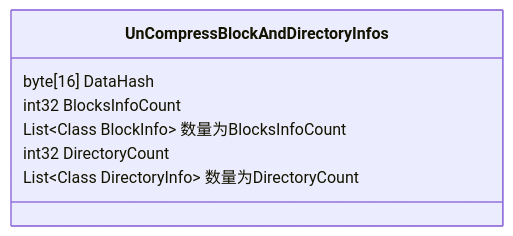
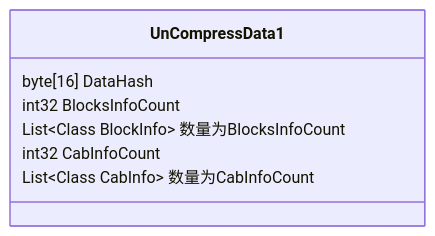
One commit to Conerlius/conerlius.github.io changed the second of 7 diagrams in _posts/计算机/游戏/Unity/2022-07-27-Assetbundle文件格式说明.md. Above: the diagram before and after it, drawn with Mermaid. The commit also changed other lines of this file and 8 other files, not shown here.

````diff
--- a/_posts/计算机/游戏/Unity/2022-07-27-Assetbundle文件格式说明.md
+++ b/_posts/计算机/游戏/Unity/2022-07-27-Assetbundle文件格式说明.md
@@ -40,10 +35,10 @@
 ```mermaid
 classDiagram
-class UnCompressBlockAndDirectoryInfos{
+class UnCompressData1 {
     byte[16] DataHash
     int32 BlocksInfoCount
     List~Class BlockInfo~ 数量为BlocksInfoCount
-    int32 DirectoryCount
-    List~Class DirectoryInfo~ 数量为DirectoryCount
+    int32 CabInfoCount
+    List~Class CabInfo~ 数量为CabInfoCount
 }
 ```
````
